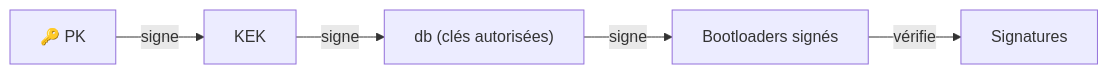
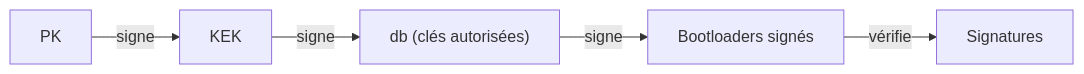
One commit to F0X-hack/foxhack.fr changed the second of 6 diagrams in public/offsidian/vault/Cybersécurité Offensive/Techniques/Hardware - Secure Boot.md. Above: the diagram before and after it, drawn with Mermaid. The commit also changed other lines of this file and 369 other files, not shown here.

````diff
--- a/public/offsidian/vault/Cybersécurité Offensive/Techniques/Hardware - Secure Boot.md
+++ b/public/offsidian/vault/Cybersécurité Offensive/Techniques/Hardware - Secure Boot.md
@@ -94,7 +94,7 @@
 ```mermaid
 flowchart LR
-    PK["🔑 PK"] -->|"signe"| KEK["KEK"]
+    PK["PK"] -->|"signe"| KEK["KEK"]
     KEK -->|"signe"| DB["db (clés autorisées)"]
     DB -->|"signe"| BOOT["Bootloaders signés"]
     BOOT -->|"vérifie"| SIG["Signatures"]
 ```
````
